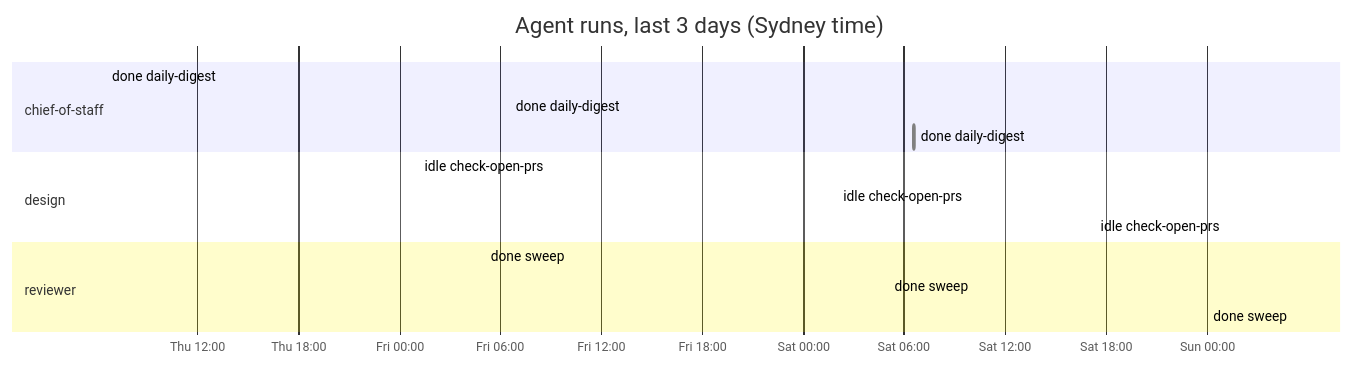
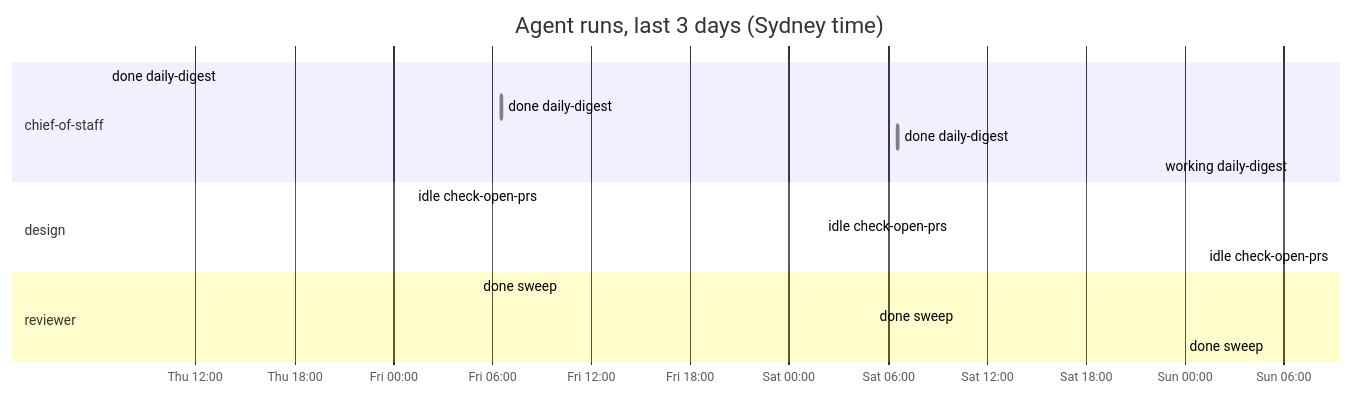
The diagram in dashboard.md (roulmediateam-byte/fifteen-expert-hq), drawn with Mermaid before and after one commit. The commit also changed other lines of this file and 1 other file, not shown here.

````diff
--- a/dashboard.md
+++ b/dashboard.md
@@ -40,18 +40,19 @@
 ```mermaid
 gantt
     title Agent runs, last 3 days (Sydney time)
     dateFormat YYYY-MM-DD HH:mm
     axisFormat %a %H:%M
     section chief-of-staff
     done daily-digest :done, 2026-11-12 06:35, 2026-11-12 06:36
     done daily-digest :done, 2026-11-13 06:34, 2026-11-13 06:36
     done daily-digest :done, 2026-11-14 06:35, 2026-11-14 06:36
+    working daily-digest :active, 2026-11-15 06:35, 2026-11-15 06:35
     section design
     idle check-open-prs :done, 2026-11-13 01:11, 2026-11-13 01:11
     idle check-open-prs :done, 2026-11-14 02:01, 2026-11-14 02:02
     idle check-open-prs :done, 2026-11-15 01:08, 2026-11-15 01:09
     section reviewer
     done sweep :done, 2026-11-13 05:05, 2026-11-13 05:05
     done sweep :done, 2026-11-14 05:05, 2026-11-14 05:06
     done sweep :done, 2026-11-15 05:07, 2026-11-15 05:08
 ```
````
